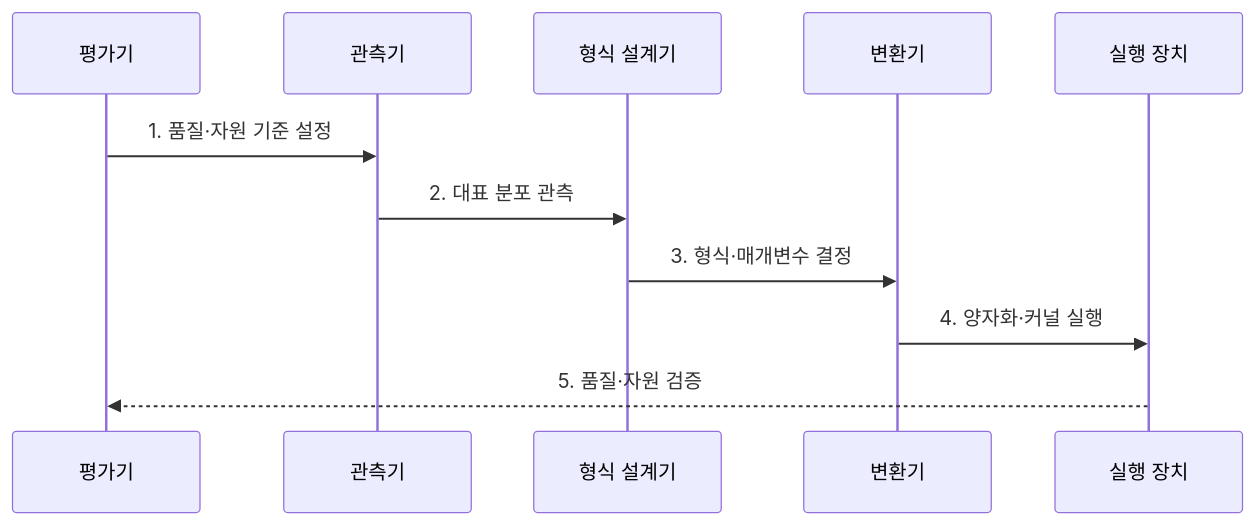
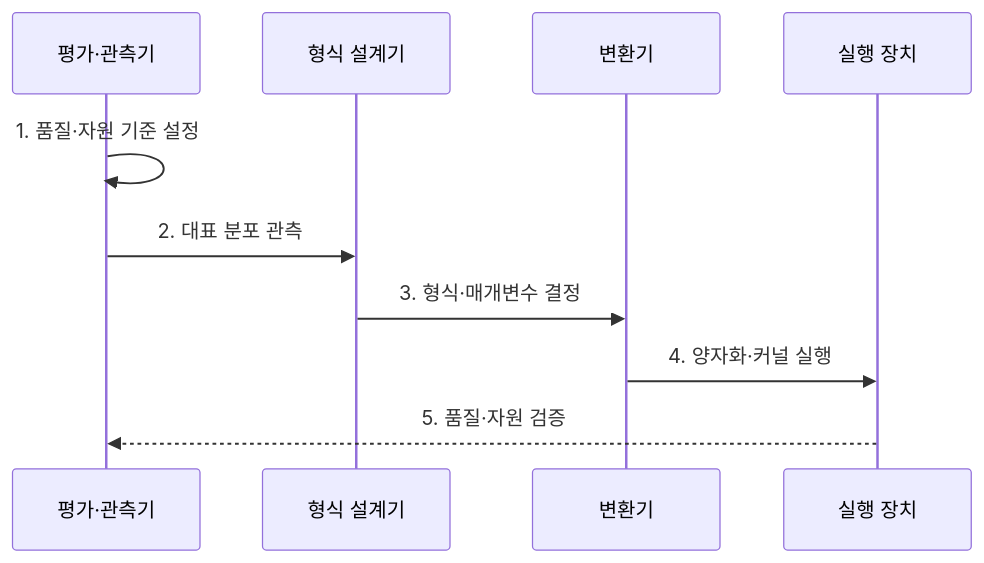
The second of 2 diagrams in src/content/docs/notes/08-latest-tech/056_quantization.md (agnusdei1207/knowledge-base), drawn with Mermaid before and after one commit. The commit also changed 9 other files, not shown here.

Commit message:
Reduce AI pipeline flow participants

````diff
--- a/src/content/docs/notes/08-latest-tech/056_quantization.md
+++ b/src/content/docs/notes/08-latest-tech/056_quantization.md
@@ -107,13 +107,12 @@
 ```mermaid
 sequenceDiagram
-  participant E as 평가기
-  participant O as 관측기
+  participant E as 평가·관측기
   participant P as 형식 설계기
   participant Q as 변환기
   participant H as 실행 장치
-  E->>O: 1. 품질·자원 기준 설정
-  O->>P: 2. 대표 분포 관측
+  E->>E: 1. 품질·자원 기준 설정
+  E->>P: 2. 대표 분포 관측
   P->>Q: 3. 형식·매개변수 결정
   Q->>H: 4. 양자화·커널 실행
   H-->>E: 5. 품질·자원 검증
 ```
````
